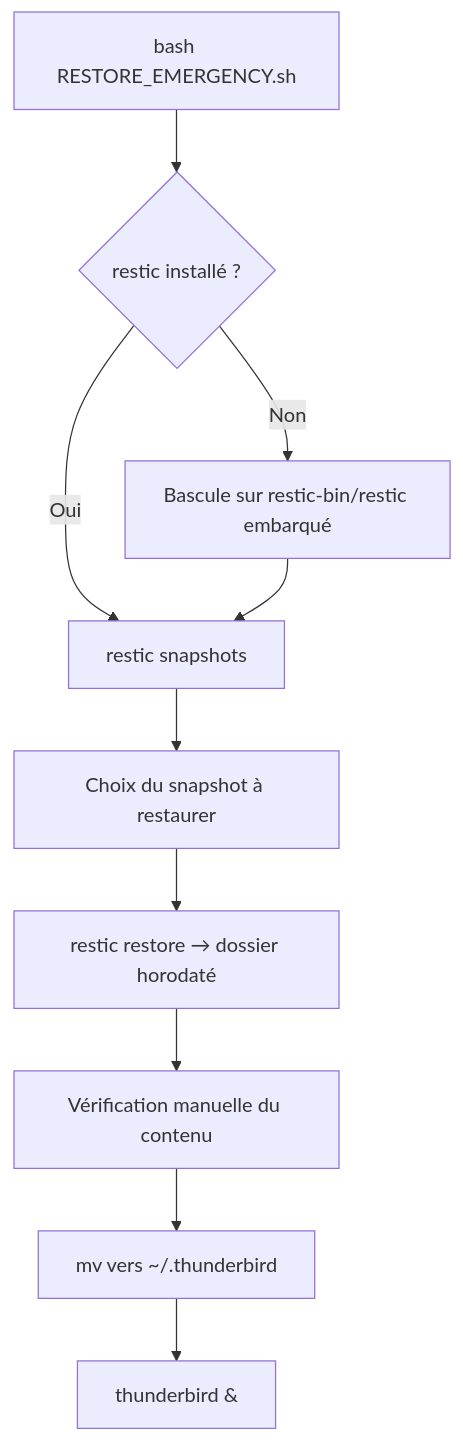
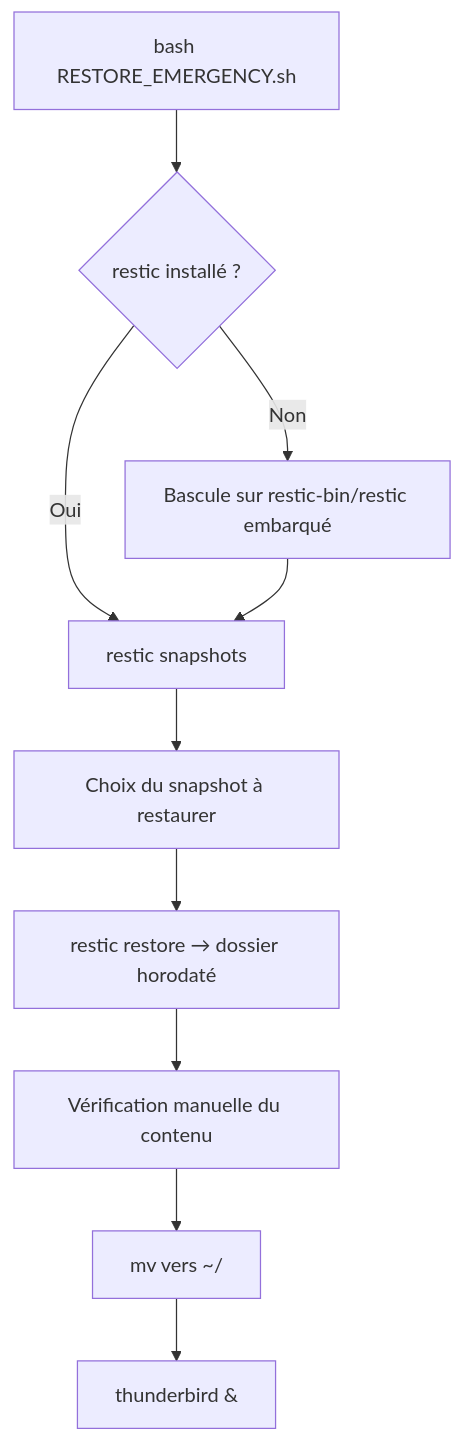
One commit to Kr4v3N/Thunderbird-Backup-Guardian changed the second of 2 diagrams in README.fr.md. Above: the diagram before and after it, drawn with Mermaid. The commit also changed other lines of this file and 3 other files, not shown here.

````diff
--- a/README.fr.md
+++ b/README.fr.md
@@ -69,12 +69,12 @@
 ```mermaid
 flowchart TD
     A["bash RESTORE_EMERGENCY.sh"] --> B{"restic installé ?"}
     B -- Non --> C["Bascule sur restic-bin/restic embarqué"]
     B -- Oui --> D["restic snapshots"]
     C --> D
     D --> E["Choix du snapshot à restaurer"]
     E --> F["restic restore → dossier horodaté"]
     F --> G["Vérification manuelle du contenu"]
-    G --> H["mv vers ~/.thunderbird"]
+    G --> H["mv vers ~/<profile>"]
     H --> I["thunderbird &"]
 ```
````
